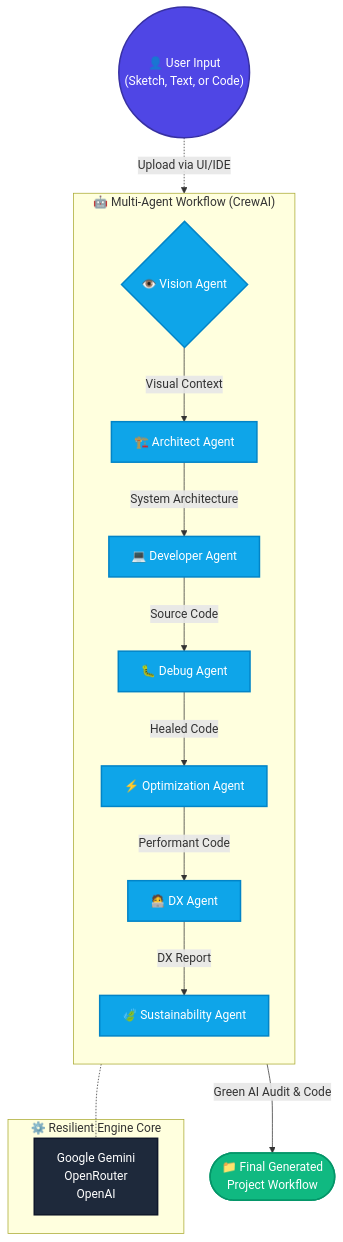
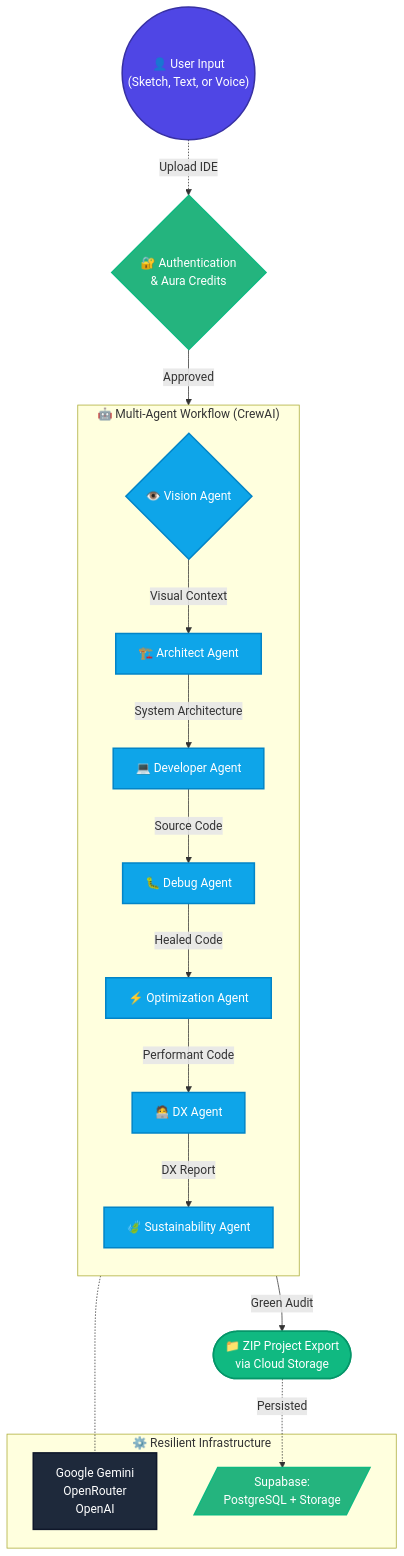
Before and after one commit to Pranesh003/Aura-Dev-AI: the diagram in README.md, drawn with Mermaid. The commit also changed other lines of this file and 4 other files, not shown here.

Commit message:
docs: Comprehensive update to README.md reflecting TRL6 SaaS architecture

````diff
--- a/README.md
+++ b/README.md
@@ -6,43 +50,45 @@
 ```mermaid
 flowchart TD
     %% Styling Definitions
     classDef input fill:#4f46e5,stroke:#3730a3,stroke-width:2px,color:#fff;
     classDef agent fill:#0ea5e9,stroke:#0284c7,stroke-width:2px,color:#fff;
     classDef engine fill:#1e293b,stroke:#0f172a,stroke-width:2px,color:#fff;
+    classDef saas fill:#24b47e,stroke:#10b981,stroke-width:2px,color:#fff;
     classDef result fill:#10b981,stroke:#059669,stroke-width:2px,color:#fff;
 
     %% Nodes
-    User(("👤 User Input\n(Sketch, Text, or Code)")):::input
+    User(("👤 User Input\n(Sketch, Text, or Voice)")):::input
+    Auth{"🔐 Authentication\n& Aura Credits"}:::saas
 
     subgraph Workflow ["🤖 Multi-Agent Workflow (CrewAI)"]
         direction TB
         VA{"👁️ Vision Agent"}:::agent
         AA["🏗️ Architect Agent"]:::agent
         DA["💻 Developer Agent"]:::agent
         DB["🐛 Debug Agent"]:::agent
         OA["⚡ Optimization Agent"]:::agent
         DX["🧑‍💻 DX Agent"]:::agent
         SA["🍃 Sustainability Agent"]:::agent
 
         VA -->|Visual Context| AA
         AA -->|System Architecture| DA
         DA -->|Source Code| DB
         DB -->|Healed Code| OA
         OA -->|Performant Code| DX
         DX -->|DX Report| SA
     end
 
-    subgraph Resilient ["⚙️ Resilient Engine Core"]
+    subgraph Core ["⚙️ Resilient Infrastructure"]
         LLM["Google Gemini\nOpenRouter\nOpenAI"]:::engine
+        DB_SaaS[/"Supabase:\nPostgreSQL + Storage"/]:::saas
     end
 
-    Final(["📁 Final Generated\nProject Workflow"]):::result
+    Final(["📁 ZIP Project Export\nvia Cloud Storage"]):::result
 
     %% Connections
-    User -.->|Upload via UI/IDE| VA
-
-    %% Engine Dependencies
+    User -.->|Upload IDE| Auth
+    Auth -->|Approved| VA
+    SA -->|Green Audit| Final
     Workflow -.- LLM
-
-    SA -->|Green AI Audit & Code| Final
+    Final -.->|Persisted| DB_SaaS
 ```
````
